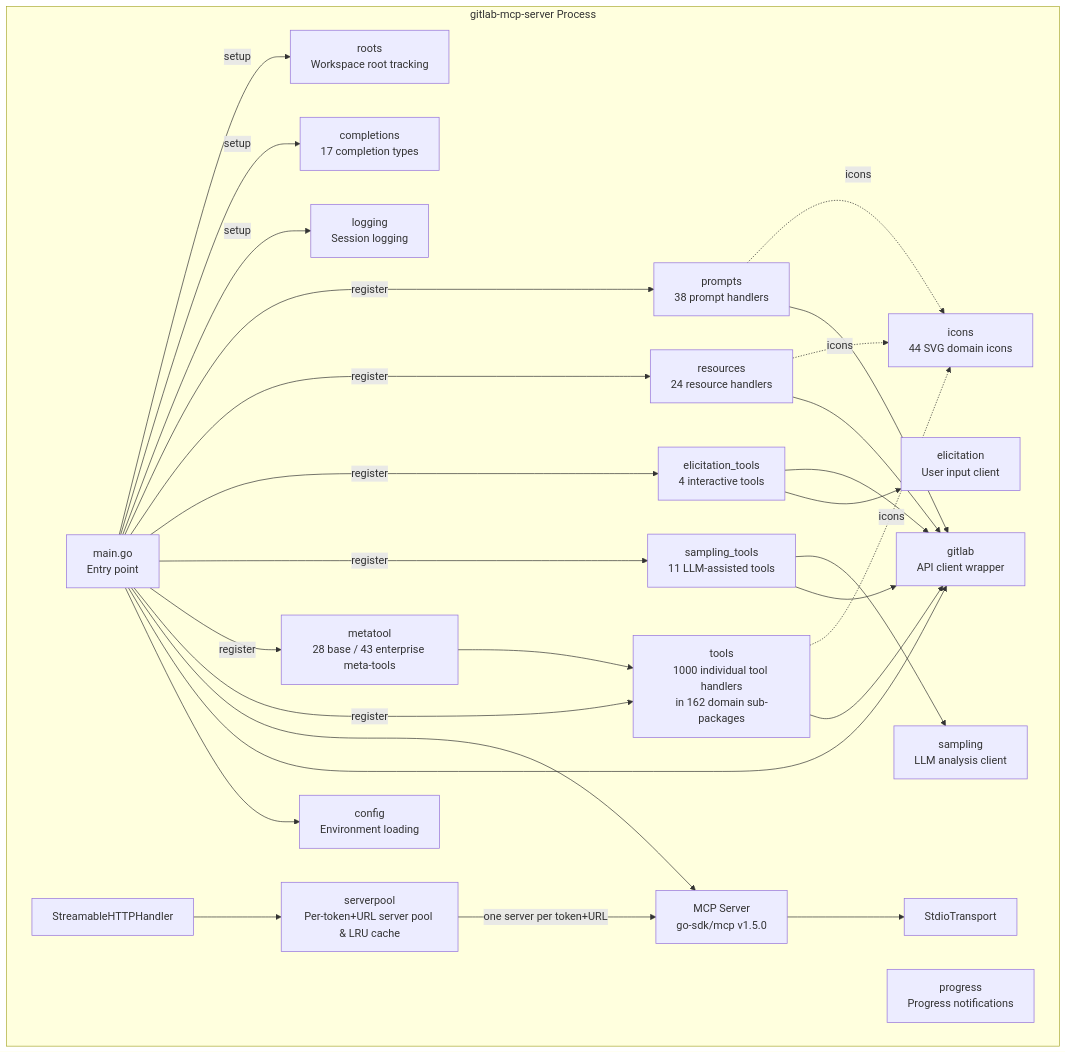
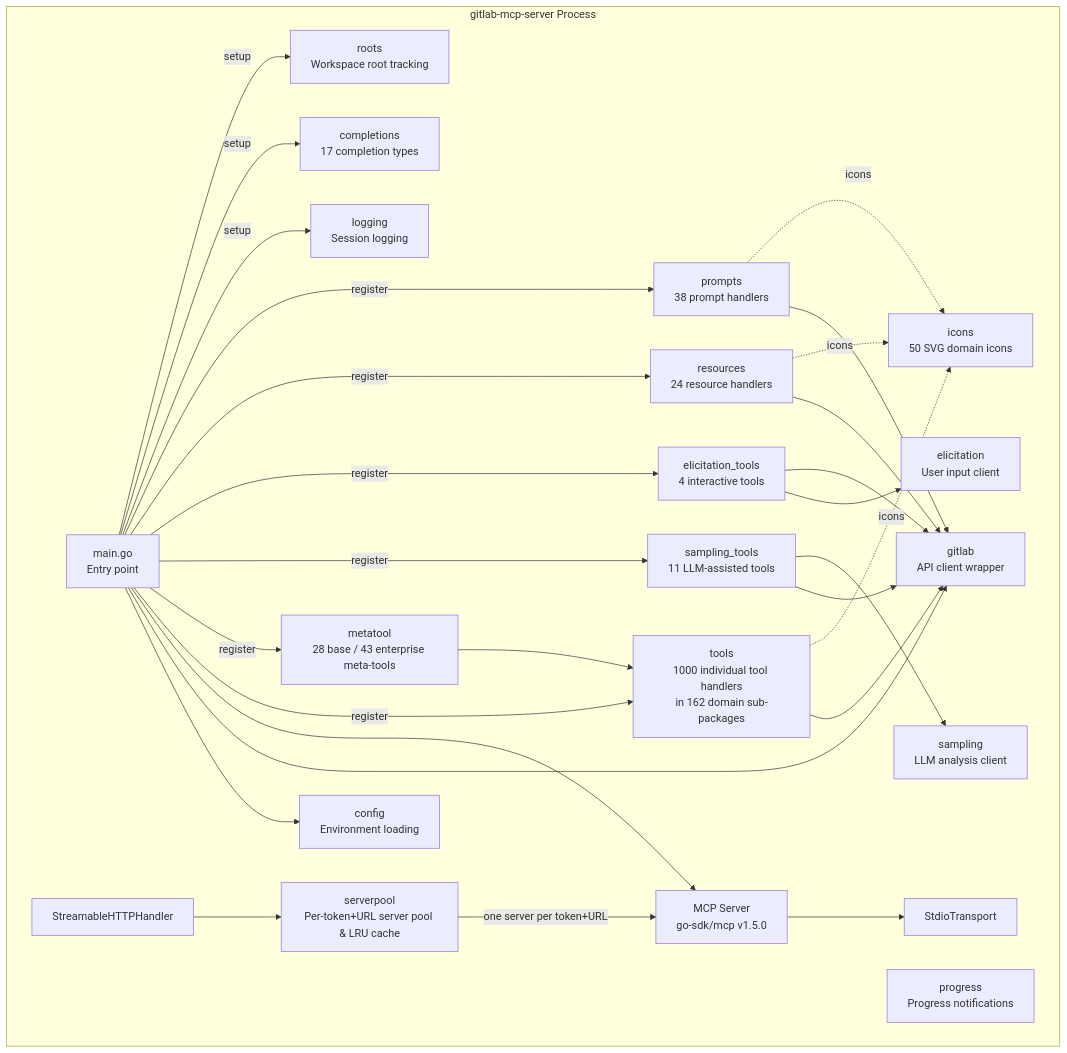
The third of 9 diagrams in docs/architecture.md (jmrplens/gitlab-mcp-server), drawn with Mermaid before and after one commit. The commit also changed 87 other files, not shown here.

````diff
--- a/docs/architecture.md
+++ b/docs/architecture.md
@@ -64,52 +64,52 @@
 ```mermaid
 graph TD
     subgraph "gitlab-mcp-server Process"
         MAIN[main.go<br/>Entry point]
         CFG[config<br/>Environment loading]
         GL[gitlab<br/>API client wrapper]
         TOOLS[tools<br/>1000 individual tool handlers<br/>in 162 domain sub-packages]
         META[metatool<br/>28 base / 43 enterprise meta-tools]
         SAMP[sampling_tools<br/>11 LLM-assisted tools]
         ELIC[elicitation_tools<br/>4 interactive tools]
         RES[resources<br/>24 resource handlers]
         PROMPTS[prompts<br/>38 prompt handlers]
         LOG[logging<br/>Session logging]
         COMP[completions<br/>17 completion types]
         ROOTS[roots<br/>Workspace root tracking]
         PROG[progress<br/>Progress notifications]
         SAMPLING[sampling<br/>LLM analysis client]
         ELICIT[elicitation<br/>User input client]
-        ICN[icons<br/>44 SVG domain icons]
+        ICN[icons<br/>50 SVG domain icons]
         SRV[MCP Server<br/>go-sdk/mcp v1.5.0]
         STDIO[StdioTransport]
         HTTP[StreamableHTTPHandler]
         POOL[serverpool<br/>Per-token+URL server pool & LRU cache]
     end
 
     MAIN --> CFG
     MAIN --> GL
     MAIN --> SRV
     SRV --> STDIO
     HTTP --> POOL
     POOL -->|one server per token+URL| SRV
     TOOLS --> GL
     META --> TOOLS
     SAMP --> GL
     SAMP --> SAMPLING
     ELIC --> ELICIT
     ELIC --> GL
     RES --> GL
     PROMPTS --> GL
     MAIN -->|register| TOOLS
     MAIN -->|register| META
     MAIN -->|register| SAMP
     MAIN -->|register| ELIC
     MAIN -->|register| RES
     MAIN -->|register| PROMPTS
     TOOLS -.->|icons| ICN
     RES -.->|icons| ICN
     PROMPTS -.->|icons| ICN
     MAIN -->|setup| LOG
     MAIN -->|setup| COMP
     MAIN -->|setup| ROOTS
 ```
````
